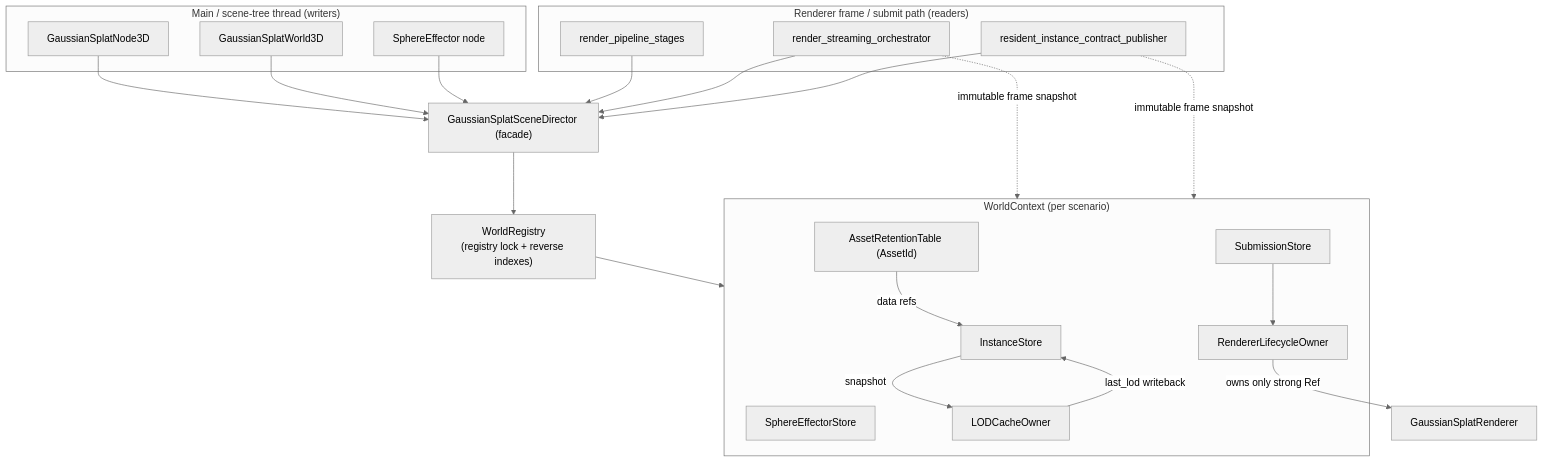
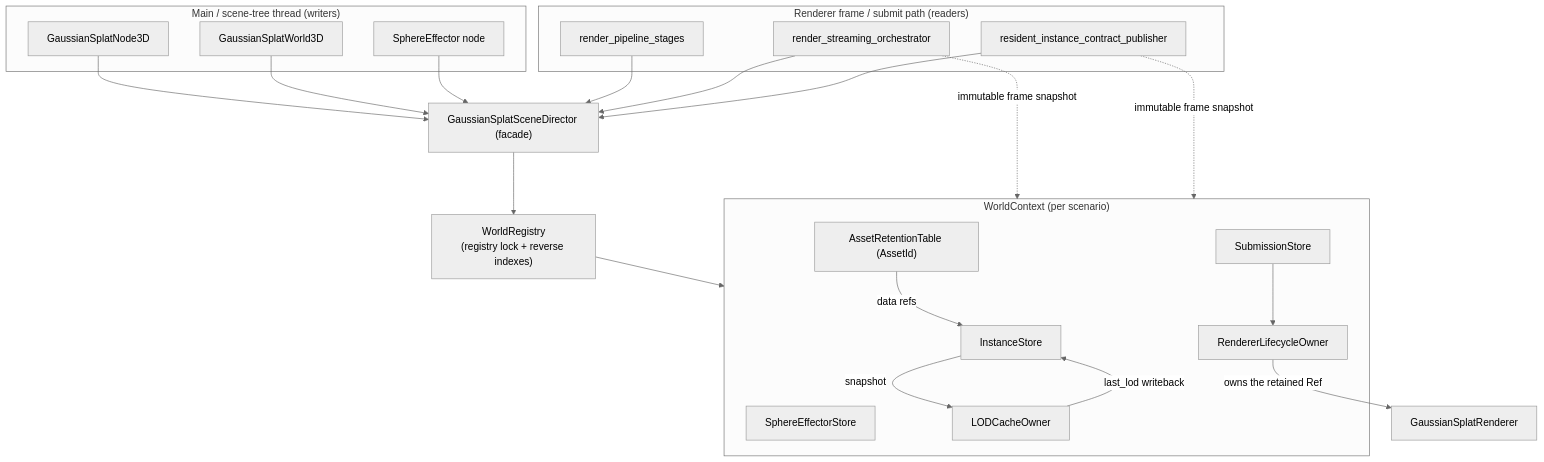
One commit to klausi3D/godotGS changed the diagram in docs/architecture/adr-decompose-scene-director.md. Above: the diagram before and after it, drawn with Mermaid (neutral theme). The commit also changed other lines of this file, not shown here.

First line of the commit message:
docs(architecture): finish the D9 and D5-conditioning edits (review round 3b)

````diff
--- a/docs/architecture/adr-decompose-scene-director.md
+++ b/docs/architecture/adr-decompose-scene-director.md
@@ -501,42 +503,42 @@
 ```mermaid
 graph TD
   subgraph MainThread["Main / scene-tree thread (writers)"]
     N3D["GaussianSplatNode3D"]
     W3D["GaussianSplatWorld3D"]
     SEN["SphereEffector node"]
   end
   subgraph RenderPath["Renderer frame / submit path (readers)"]
     RPS["render_pipeline_stages"]
     RSO["render_streaming_orchestrator"]
     RICP["resident_instance_contract_publisher"]
   end
 
   Facade["GaussianSplatSceneDirector (facade)"]
   Reg["WorldRegistry\n(registry lock + reverse indexes)"]
 
   N3D --> Facade
   W3D --> Facade
   SEN --> Facade
   RPS --> Facade
   RSO --> Facade
   RICP --> Facade
   Facade --> Reg
 
   subgraph WC["WorldContext (per scenario)"]
     IS["InstanceStore"]
     ART["AssetRetentionTable (AssetId)"]
     SES["SphereEffectorStore"]
     SUB["SubmissionStore"]
     LOD["LODCacheOwner"]
     RLO["RendererLifecycleOwner"]
   end
 
   Reg --> WC
   ART -->|data refs| IS
   IS -->|snapshot| LOD
   LOD -->|last_lod writeback| IS
   SUB --> RLO
-  RLO -->|owns only strong Ref| RENDERER["GaussianSplatRenderer"]
+  RLO -->|owns the retained Ref| RENDERER["GaussianSplatRenderer"]
   RSO -.->|immutable frame snapshot| WC
   RICP -.->|immutable frame snapshot| WC
 ```
````
